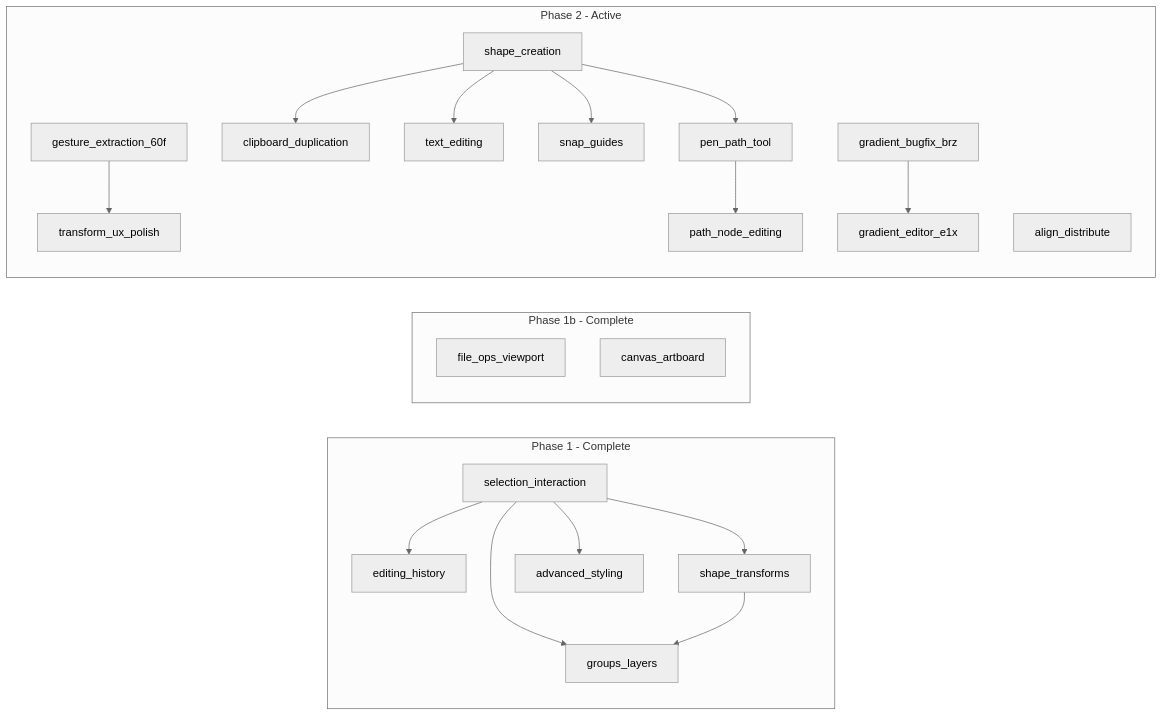
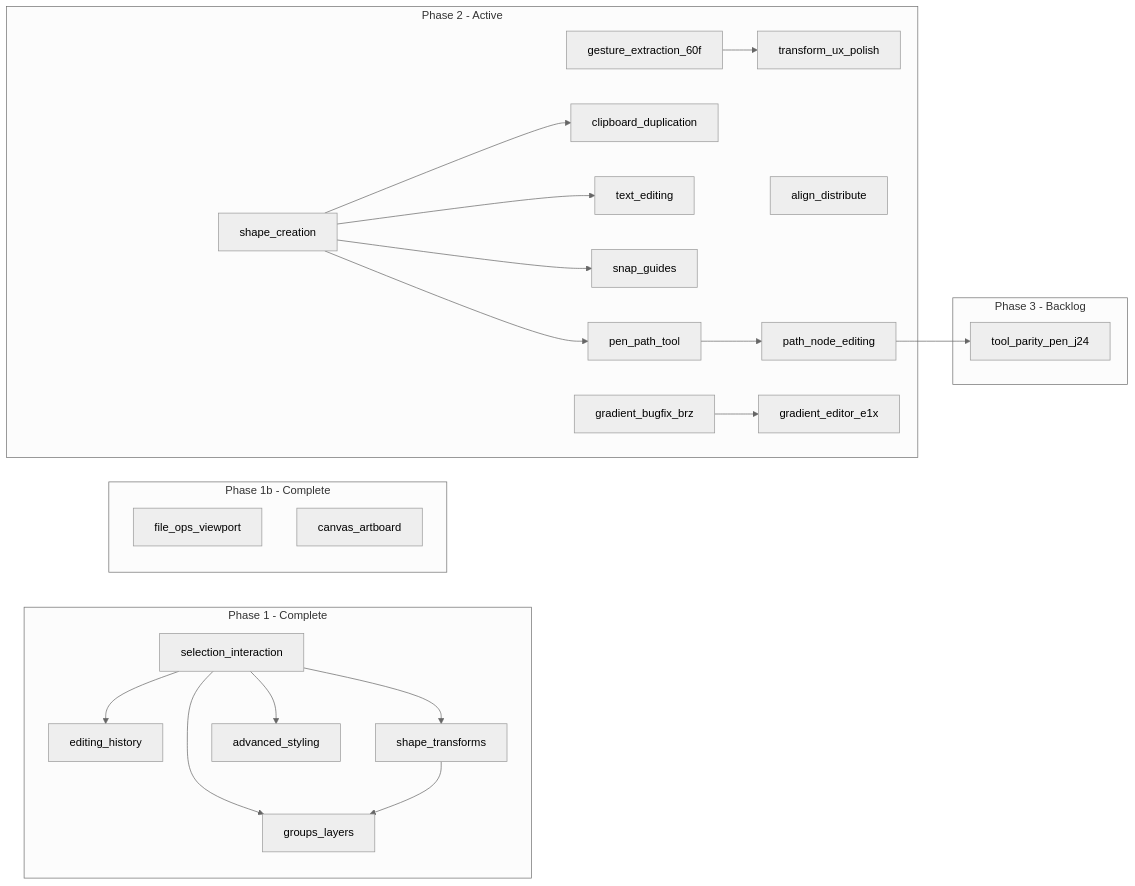
One commit to nbeckindy/svg-editor changed the diagram in plans/ROADMAP.md. Above: the diagram before and after it, drawn with Mermaid (neutral theme). The commit also changed other lines of this file and 1 other file, not shown here.

First line of the commit message:
docs(epics): tool parity + pen epic (svg-editor-j24)

````diff
--- a/plans/ROADMAP.md
+++ b/plans/ROADMAP.md
@@ -70,41 +72,47 @@
 ```mermaid
 flowchart LR
   subgraph phase1 [Phase 1 - Complete]
     e1[selection_interaction]
     e2[editing_history]
     e3[shape_transforms]
     e4[groups_layers]
     e5[advanced_styling]
     e1 --> e2
     e1 --> e3
     e1 --> e4
     e3 --> e4
     e1 --> e5
   end
 
   subgraph phase1b [Phase 1b - Complete]
     e9[file_ops_viewport]
     e14[canvas_artboard]
   end
 
   subgraph phase2 [Phase 2 - Active]
     refactor[gesture_extraction_60f]
     e6[transform_ux_polish]
     e7[shape_creation]
     e8[clipboard_duplication]
     e10[text_editing]
     e11[align_distribute]
     e12[snap_guides]
     e13[pen_path_tool]
     e15[path_node_editing]
     bugfix_brz[gradient_bugfix_brz]
     gradient_e1x[gradient_editor_e1x]
     refactor --> e6
     e7 --> e8
     e7 --> e10
     e7 --> e12
     e7 --> e13
     e13 --> e15
     bugfix_brz --> gradient_e1x
   end
+
+  subgraph phase3 [Phase 3 - Backlog]
+    e17[tool_parity_pen_j24]
+  end
+
+  e15 --> e17
 ```
````
